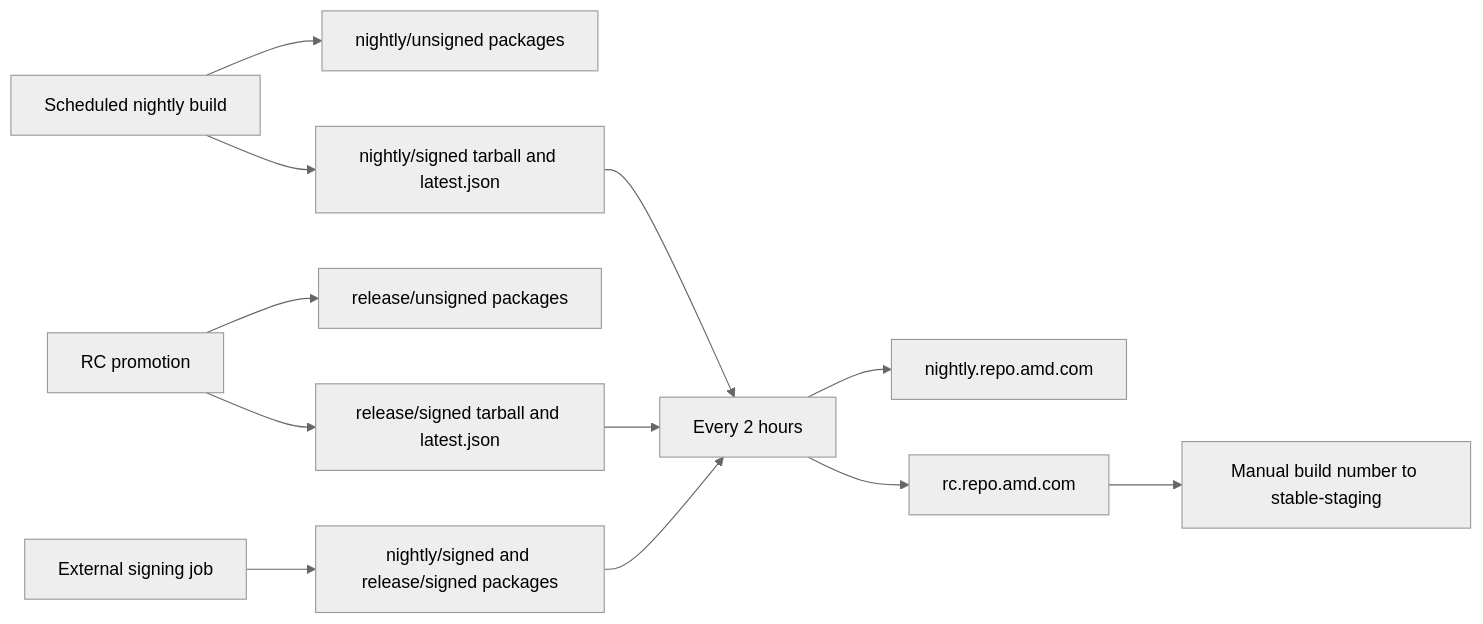
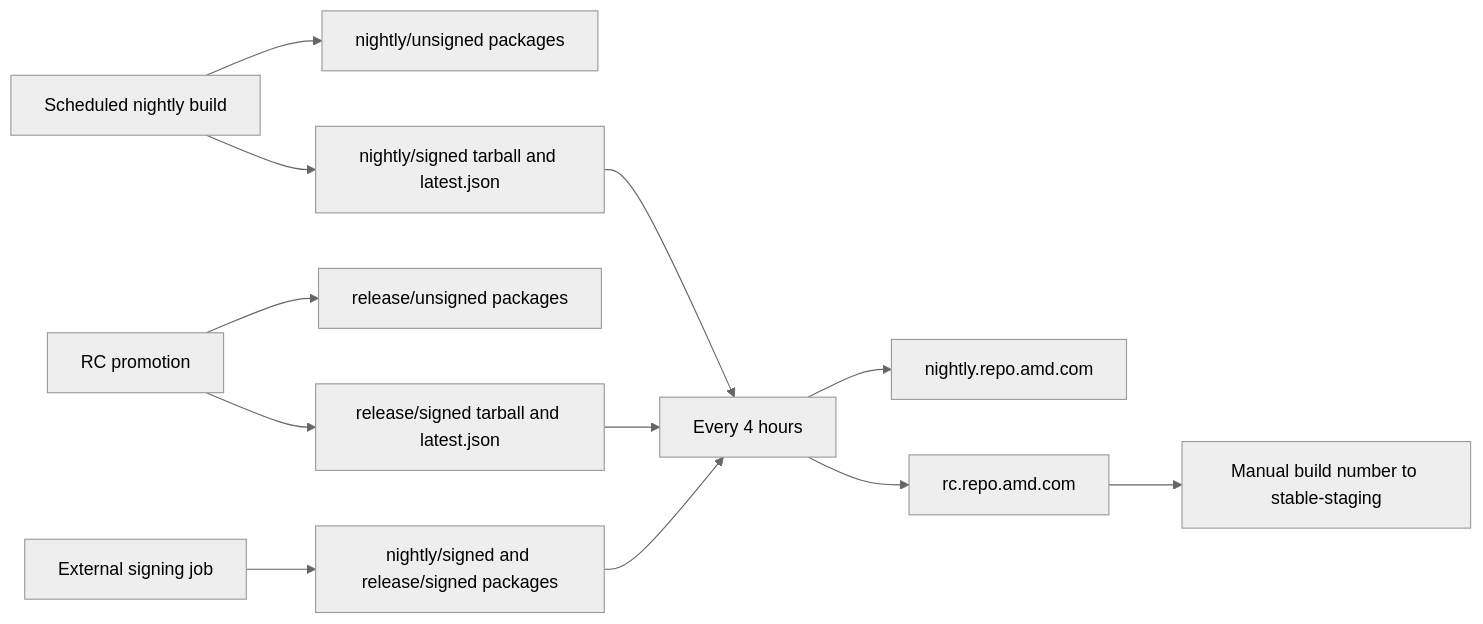
One commit to ROCm/ROCmValidationSuite changed the diagram in .github/workflows/README_SIGNED_PUBLISH.md. Above: the diagram before and after it, drawn with Mermaid (neutral theme). The commit also changed other lines of this file and 6 other files, not shown here.

First line of the commit message:
update publishing flow to sync folder

````diff
--- a/.github/workflows/README_SIGNED_PUBLISH.md
+++ b/.github/workflows/README_SIGNED_PUBLISH.md
@@ -9,14 +9,14 @@
 ```mermaid
 flowchart LR
   nightlyJob[Scheduled nightly build] --> unsignedPkg[nightly/unsigned packages]
   nightlyJob --> signedTar[nightly/signed tarball and latest.json]
   rcJob[RC promotion] --> releaseUnsigned[release/unsigned packages]
   rcJob --> releaseSignedTar[release/signed tarball and latest.json]
   signer[External signing job] --> signedPkg[nightly/signed and release/signed packages]
-  signedTar --> publisher[Every 2 hours]
+  signedTar --> publisher[Every 4 hours]
   releaseSignedTar --> publisher
   signedPkg --> publisher
   publisher --> publicNightly[nightly.repo.amd.com]
   publisher --> publicRc[rc.repo.amd.com]
   publicRc --> stableStaging[Manual build number to stable-staging]
 ```
````
